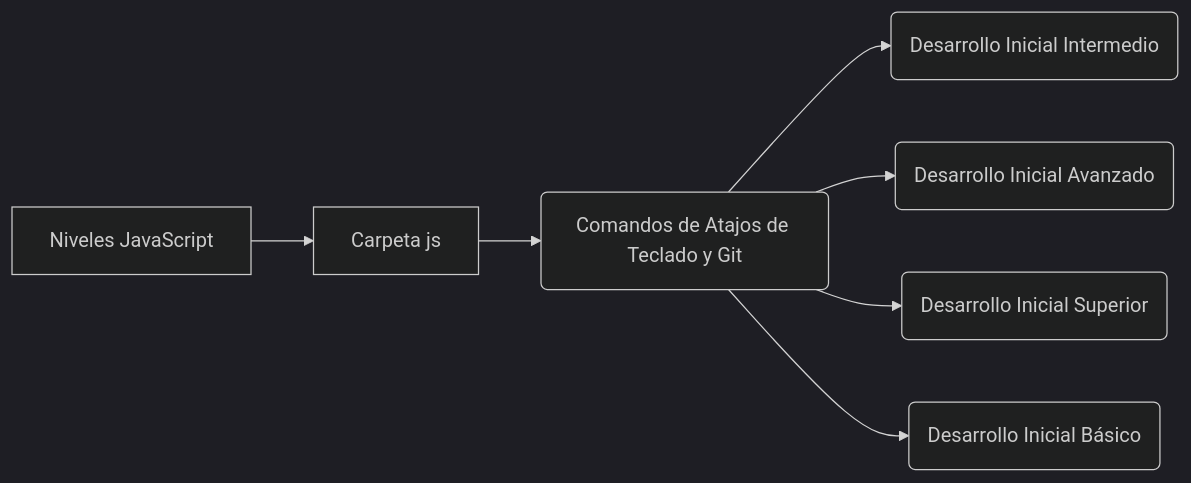
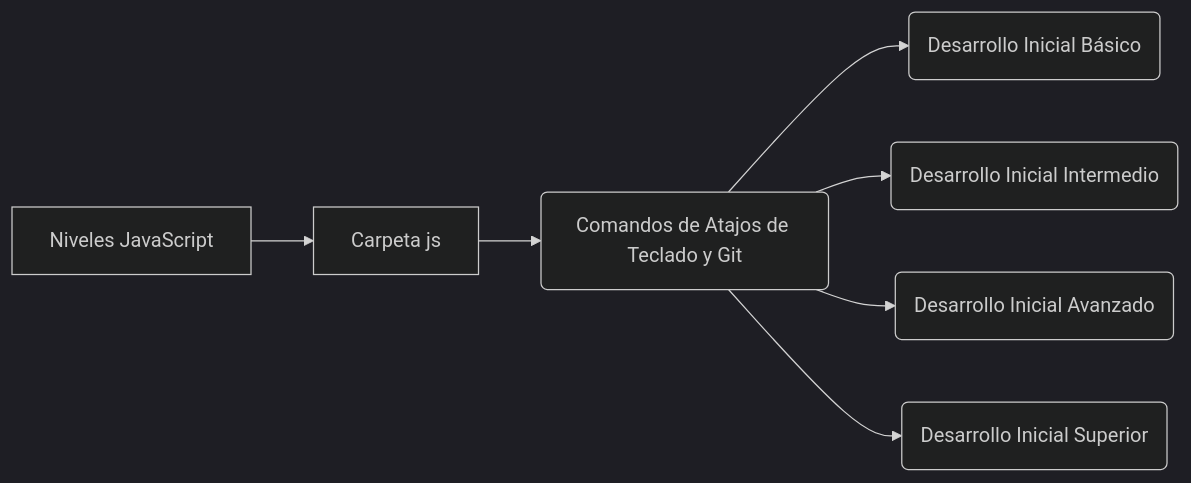
The diagram in README.md (DragonFenixOwi/Resumen_FrontEnd_Inicial_2020), drawn with Mermaid (dark theme) before and after one commit.

````diff
--- a/README.md
+++ b/README.md
@@ -29,8 +29,9 @@
 ```mermaid
 graph LR
 	A[Niveles JavaScript] --> B[Carpeta js]--> C(Comandos de Atajos de Teclado y Git)
-	C --> D(Desarrollo Inicial Intermedio)
-	C --> E(Desarrollo Inicial Avanzado)
-    	C --> F(Desarrollo Inicial Superior)
-	C --> G(Desarrollo Inicial Básico)
+	C --> D(Desarrollo Inicial Básico)
+	C --> E(Desarrollo Inicial Intermedio)
+	C --> F(Desarrollo Inicial Avanzado)
+    	C --> G(Desarrollo Inicial Superior)
+	
 ```
````
